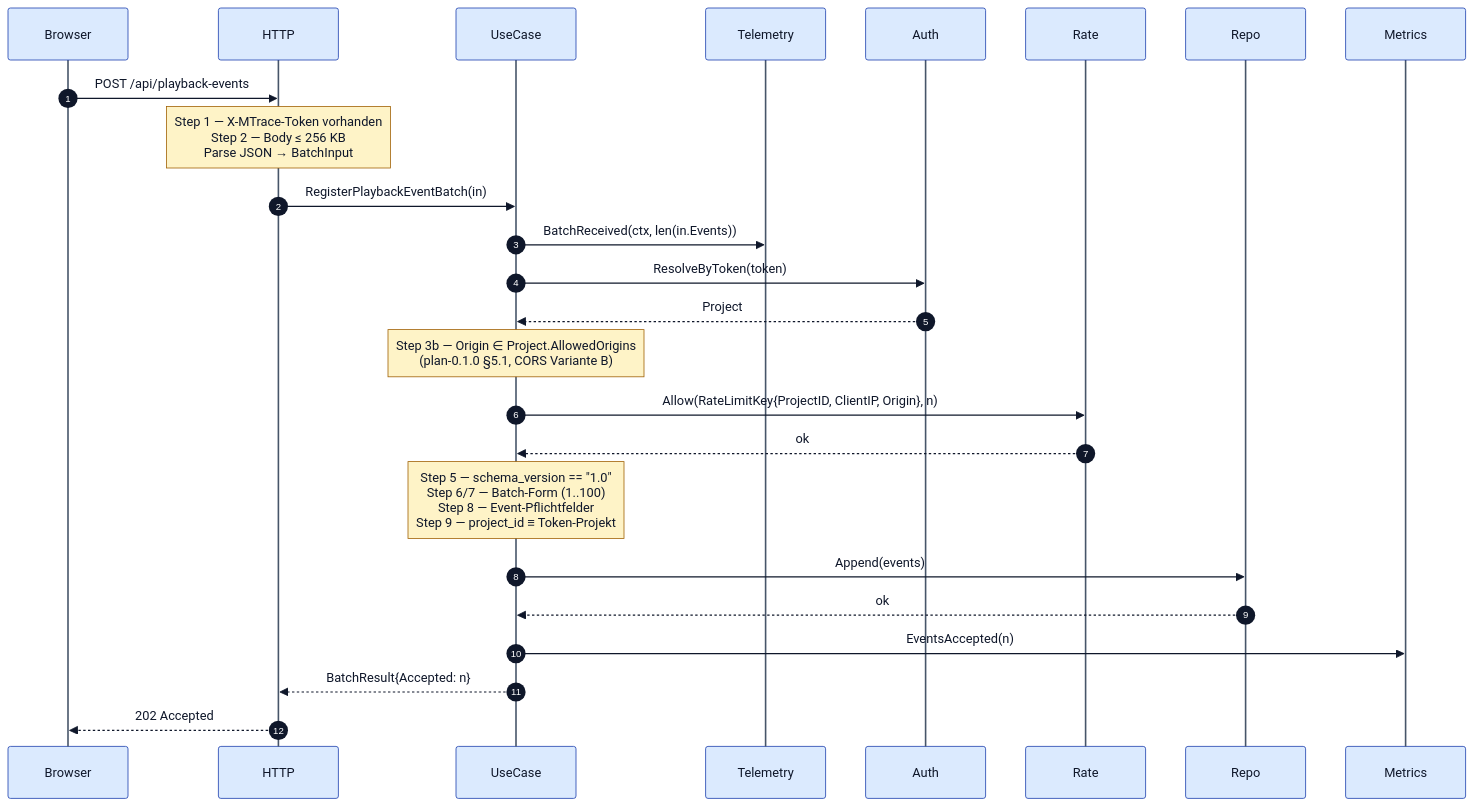
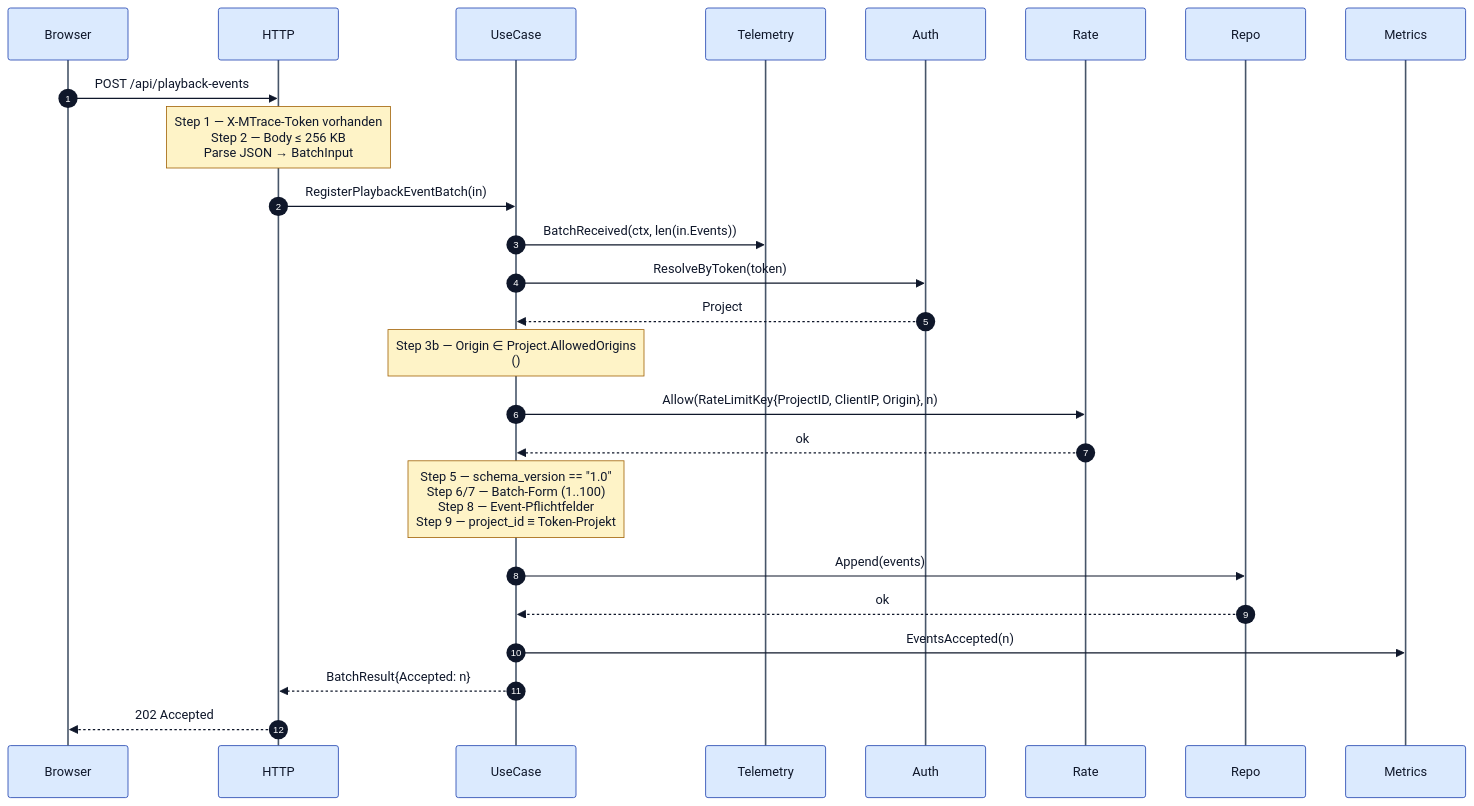
Before and after one commit to pt9912/m-trace: the third of 6 diagrams in spec/architecture.md, drawn with Mermaid. The commit also changed other lines of this file and 1 other file, not shown here.

First line of the commit message:
docs(spec): clean architecture.md + browser-support.md per Variante B

````diff
--- a/spec/architecture.md
+++ b/spec/architecture.md
@@ -353,29 +342,29 @@
 ```mermaid
 %%{init: {'theme':'base','themeVariables':{'background':'#f8fafc','primaryColor':'#dbeafe','primaryTextColor':'#0f172a','primaryBorderColor':'#1e40af','lineColor':'#8f872a','secondaryColor':'#fef3c7','tertiaryColor':'#dcfce7','noteBkgColor':'#fef3c7','noteTextColor':'#0f172a','noteBorderColor':'#a16207','actorBkg':'#dbeafe','actorBorder':'#1e40af','actorTextColor':'#0f172a','actorLineColor':'#475569','signalColor':'#0f172a','signalTextColor':'#0f172a','sequenceNumberColor':'#ffffff','labelTextColor':'#0f172a','loopTextColor':'#0f172a','edgeLabelBackground':'#f8fafc'}}}%%
 sequenceDiagram
     autonumber
     participant Browser
     participant HTTP
     participant UseCase
     participant Telemetry
     participant Auth
     participant Rate
     participant Repo
     participant Metrics
 
     Browser->>HTTP: POST /api/playback-events
     Note over HTTP: Step 1 — X-MTrace-Token vorhanden<br/>Step 2 — Body ≤ 256 KB<br/>Parse JSON → BatchInput
     HTTP->>UseCase: RegisterPlaybackEventBatch(in)
     UseCase->>Telemetry: BatchReceived(ctx, len(in.Events))
     UseCase->>Auth: ResolveByToken(token)
     Auth-->>UseCase: Project
-    Note over UseCase: Step 3b — Origin ∈ Project.AllowedOrigins<br/>(plan-0.1.0 §5.1, CORS Variante B)
+    Note over UseCase: Step 3b — Origin ∈ Project.AllowedOrigins<br/>()
     UseCase->>Rate: Allow(RateLimitKey{ProjectID, ClientIP, Origin}, n)
     Rate-->>UseCase: ok
     Note over UseCase: Step 5 — schema_version == "1.0"<br/>Step 6/7 — Batch-Form (1..100)<br/>Step 8 — Event-Pflichtfelder<br/>Step 9 — project_id ≡ Token-Projekt
     UseCase->>Repo: Append(events)
     Repo-->>UseCase: ok
     UseCase->>Metrics: EventsAccepted(n)
     UseCase-->>HTTP: BatchResult{Accepted: n}
     HTTP-->>Browser: 202 Accepted
 ```
````
